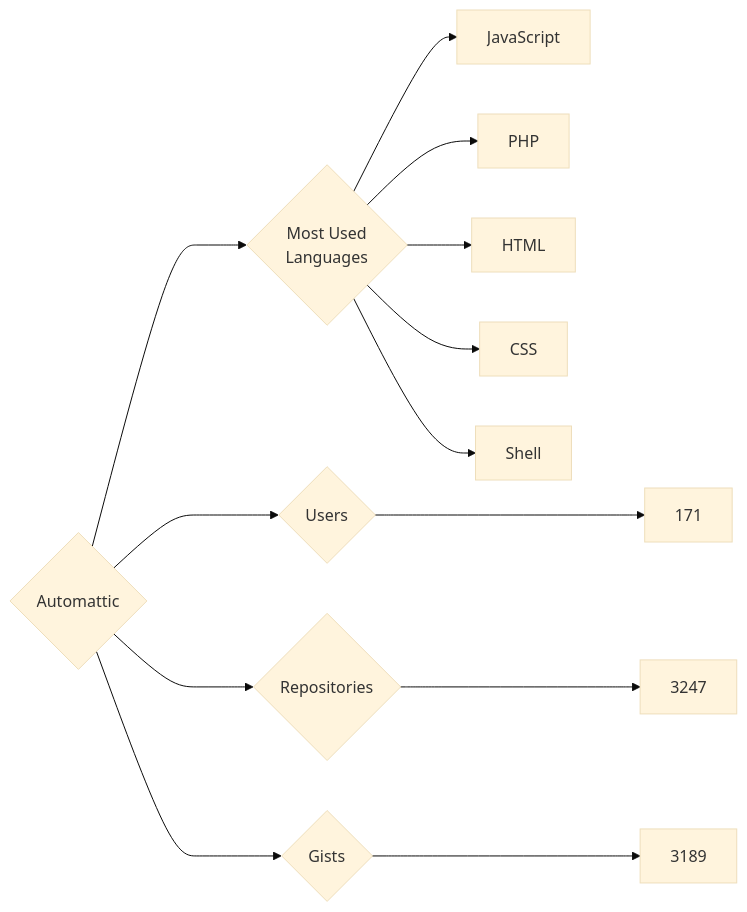
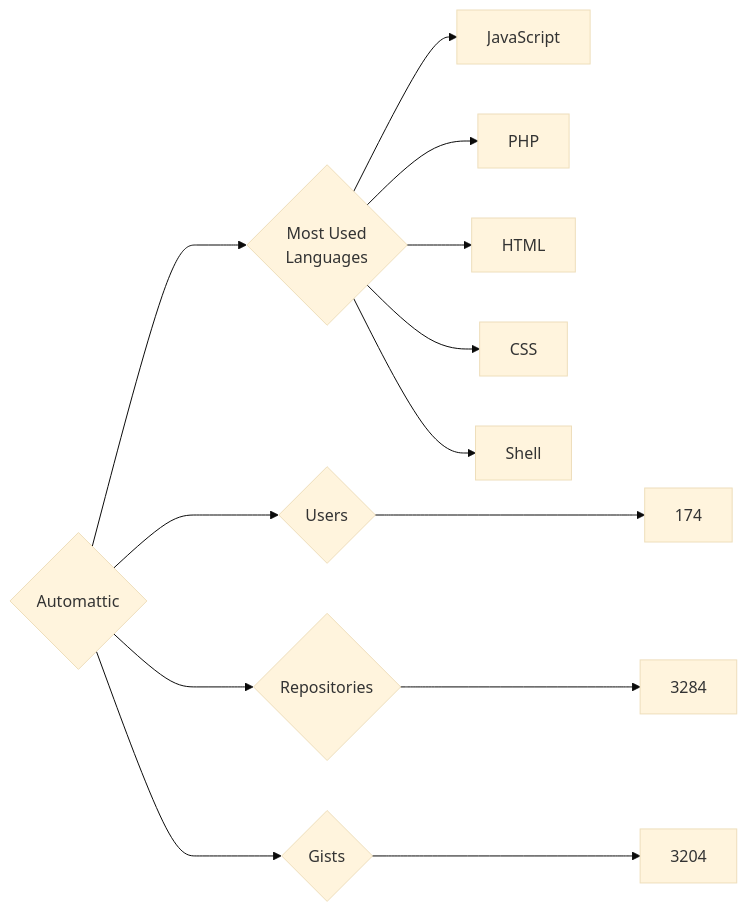
One commit to trickest/insiders changed the diagram in targets/Automattic/README.md. Above: the diagram before and after it, drawn with Mermaid (base theme). The commit also changed 723 other files, not shown here.

````diff
--- a/targets/Automattic/README.md
+++ b/targets/Automattic/README.md
@@ -3,13 +3,13 @@
 ```mermaid
 graph LR
 COMPANY_NAME{Automattic}
-COMPANY_NAME ---> U{Users} ---> UN[171]
-COMPANY_NAME ---> R{Repositories} ---> RN[3247]
-COMPANY_NAME ---> G{Gists} ---> GN[3189]
+COMPANY_NAME ---> U{Users} ---> UN[174]
+COMPANY_NAME ---> R{Repositories} ---> RN[3284]
+COMPANY_NAME ---> G{Gists} ---> GN[3204]
 COMPANY_NAME ---> ML{Most Used<br>Languages}
 ML --> JavaScript[JavaScript]
 ML --> PHP[PHP]
 ML --> HTML[HTML]
 ML --> CSS[CSS]
 ML --> Shell[Shell]
 ```
````
